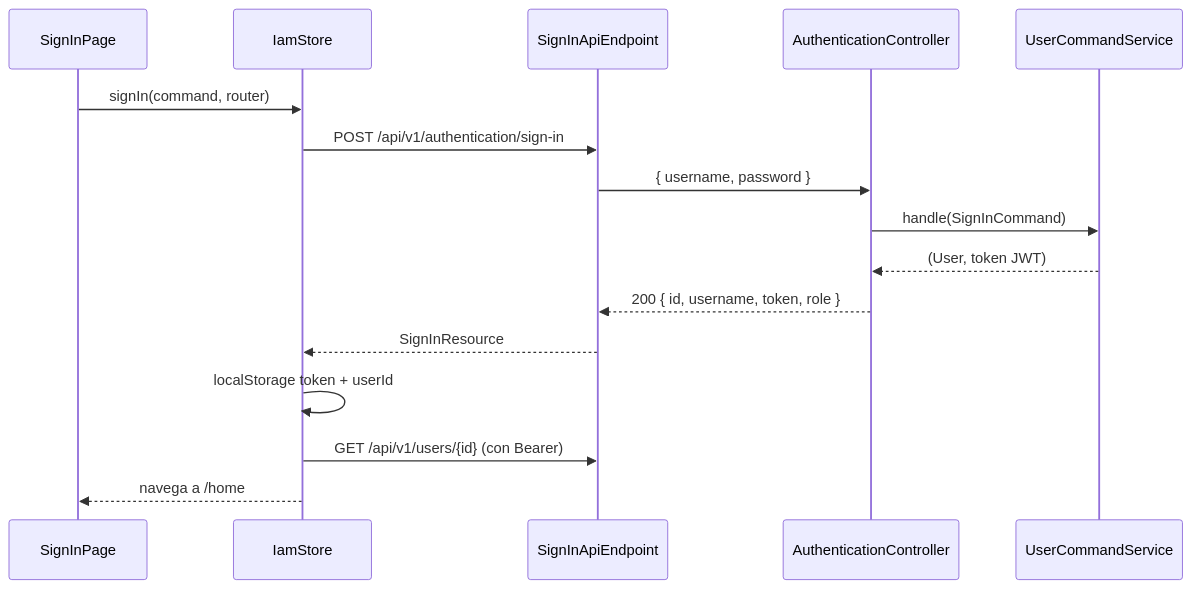
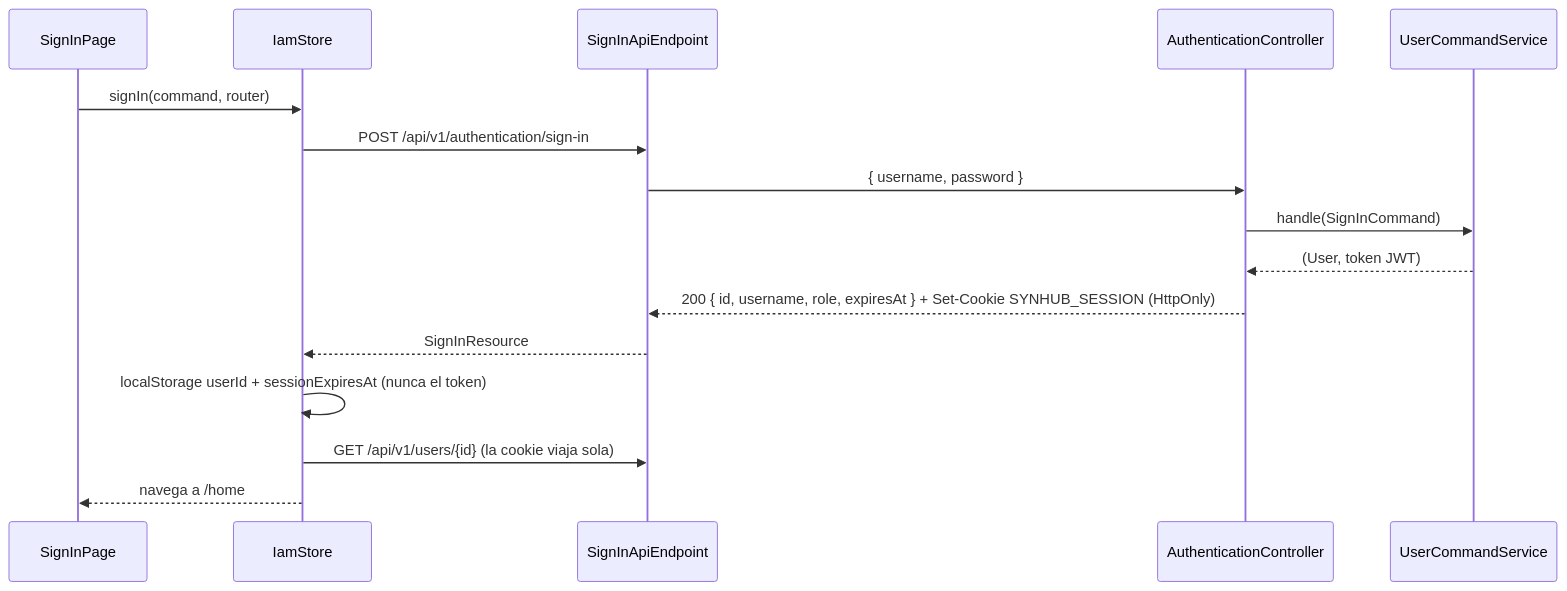
Before and after one commit to Synhub-2-0/synhub_2: the diagram in docs/features/iam/README.md, drawn with Mermaid. The commit also changed other lines of this file and 44 other files, not shown here.

First line of the commit message:
fix(SEC-10): HttpOnly session cookie valid for one day (HUM-04)

````diff
--- a/docs/features/iam/README.md
+++ b/docs/features/iam/README.md
@@ -30,18 +30,18 @@
 ```mermaid
 sequenceDiagram
     participant UI as SignInPage
     participant S as IamStore
     participant API as SignInApiEndpoint
     participant C as AuthenticationController
     participant CS as UserCommandService
     UI->>S: signIn(command, router)
     S->>API: POST /api/v1/authentication/sign-in
     API->>C: { username, password }
     C->>CS: handle(SignInCommand)
     CS-->>C: (User, token JWT)
-    C-->>API: 200 { id, username, token, role }
+    C-->>API: 200 { id, username, role, expiresAt } + Set-Cookie SYNHUB_SESSION (HttpOnly)
     API-->>S: SignInResource
-    S->>S: localStorage token + userId
-    S->>API: GET /api/v1/users/{id} (con Bearer)
+    S->>S: localStorage userId + sessionExpiresAt (nunca el token)
+    S->>API: GET /api/v1/users/{id} (la cookie viaja sola)
     S-->>UI: navega a /home
 ```
````
